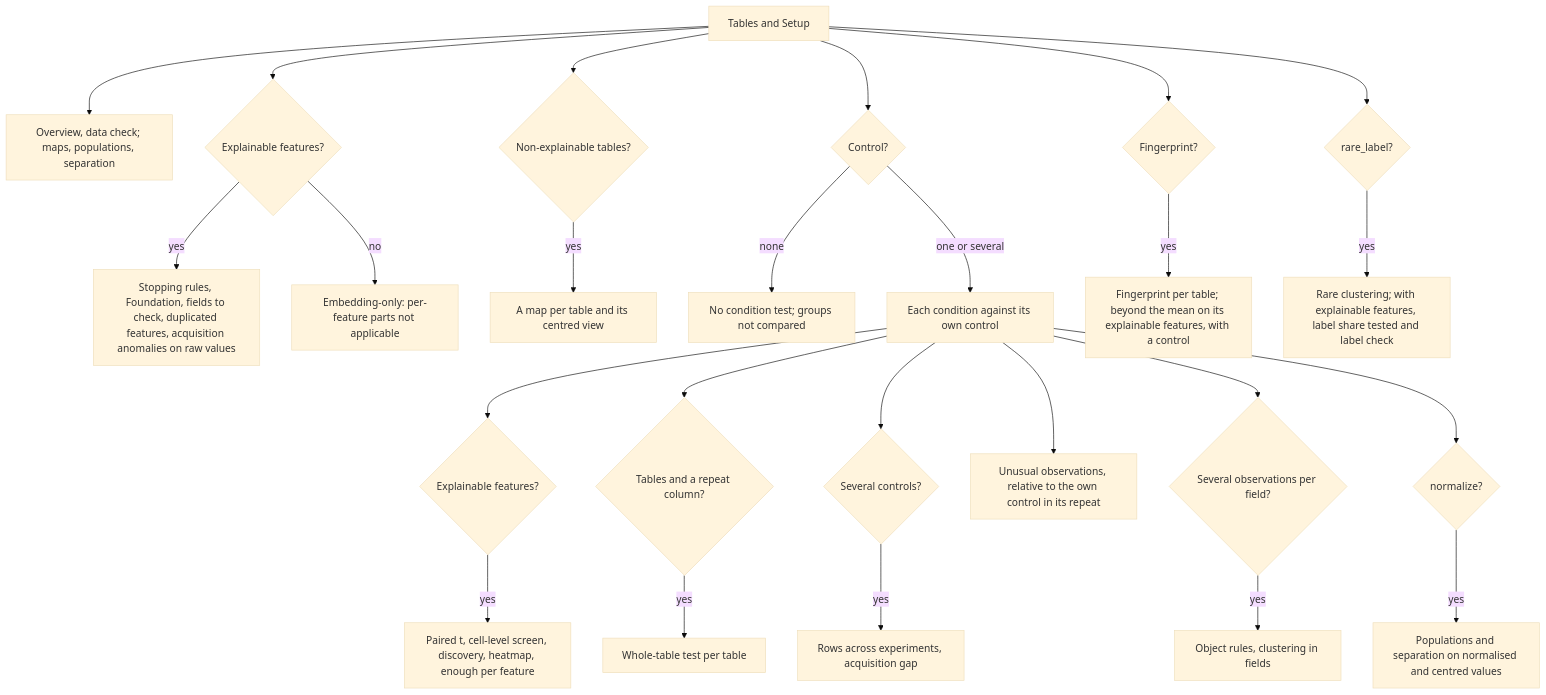
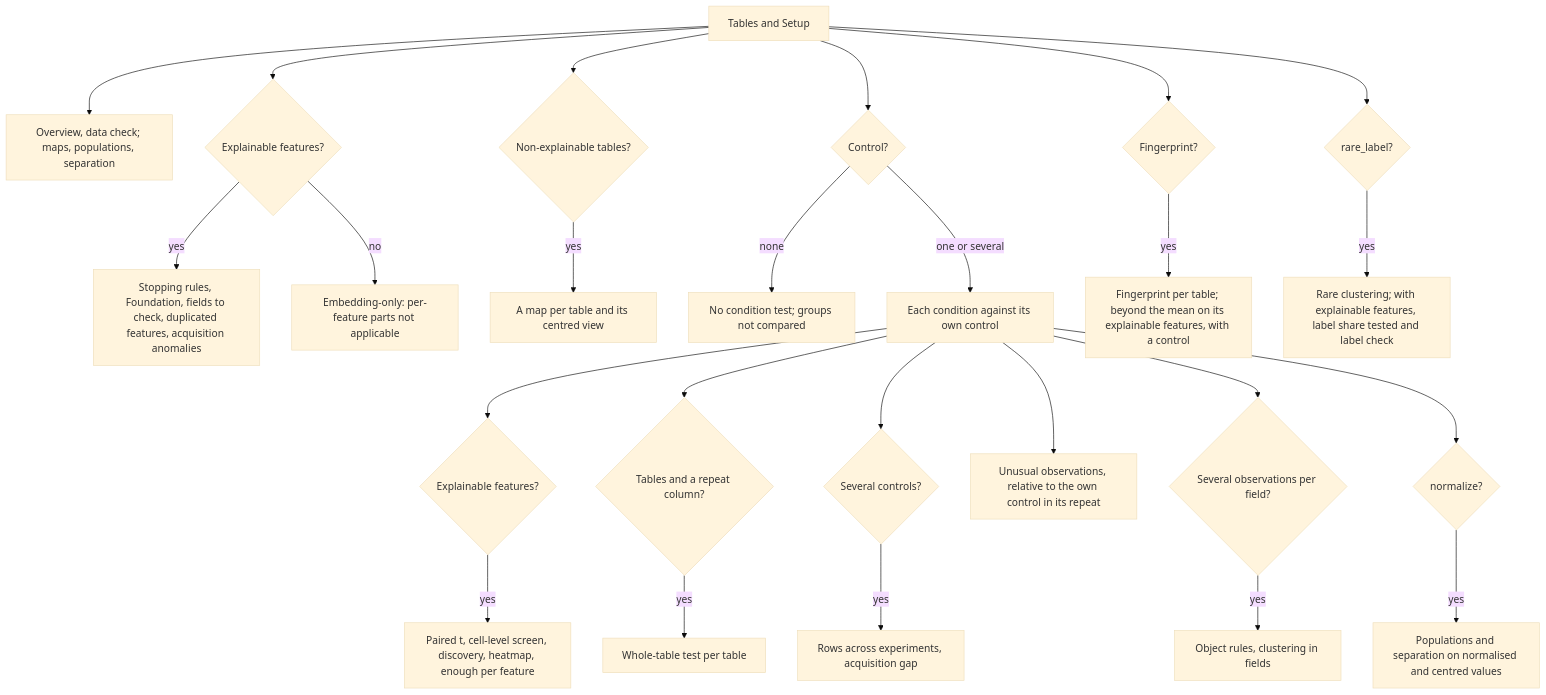
One commit to CellMigrationLab/MorphoCoverage changed the diagram in docs/common/what_happens.md. Above: the diagram before and after it, drawn with Mermaid (base theme). The commit also changed other lines of this file and 9 other files, not shown here.

````diff
--- a/docs/common/what_happens.md
+++ b/docs/common/what_happens.md
@@ -106,27 +106,27 @@
 ```mermaid
 flowchart TD
     IN["Tables and Setup"] --> ALL["Overview, data check; maps, populations, separation"]
     IN --> EX{"Explainable features?"}
-    EX -- "yes" --> RUL["Stopping rules, Foundation, fields to check, duplicated features, acquisition anomalies on raw values"]
+    EX -- "yes" --> RUL["Stopping rules, Foundation, fields to check, duplicated features, acquisition anomalies"]
     EX -- "no" --> EMB["Embedding-only: per-feature parts not applicable"]
     IN --> NE{"Non-explainable tables?"}
     NE -- "yes" --> TAB["A map per table and its centred view"]
     IN --> CT{"Control?"}
     CT -- "none" --> NOC["No condition test; groups not compared"]
     CT -- "one or several" --> OWN["Each condition against its own control"]
     OWN --> PF{"Explainable features?"}
     PF -- "yes" --> PFT["Paired t, cell-level screen, discovery, heatmap, enough per feature"]
     OWN --> WT{"Tables and a repeat column?"}
     WT -- "yes" --> WTT["Whole-table test per table"]
     OWN --> SEV{"Several controls?"}
     SEV -- "yes" --> ACR["Rows across experiments, acquisition gap"]
     OWN --> UNU["Unusual observations, relative to the own control in its repeat"]
     OWN --> ONE{"Several observations per field?"}
     ONE -- "yes" --> CLU["Object rules, clustering in fields"]
     OWN --> NRM{"normalize?"}
     NRM -- "yes" --> NV["Populations and separation on normalised and centred values"]
     IN --> FP{"Fingerprint?"}
     FP -- "yes" --> FPT["Fingerprint per table; beyond the mean on its explainable features, with a control"]
     IN --> LB{"rare_label?"}
     LB -- "yes" --> LBT["Rare clustering; with explainable features, label share tested and label check"]
 ```
````
